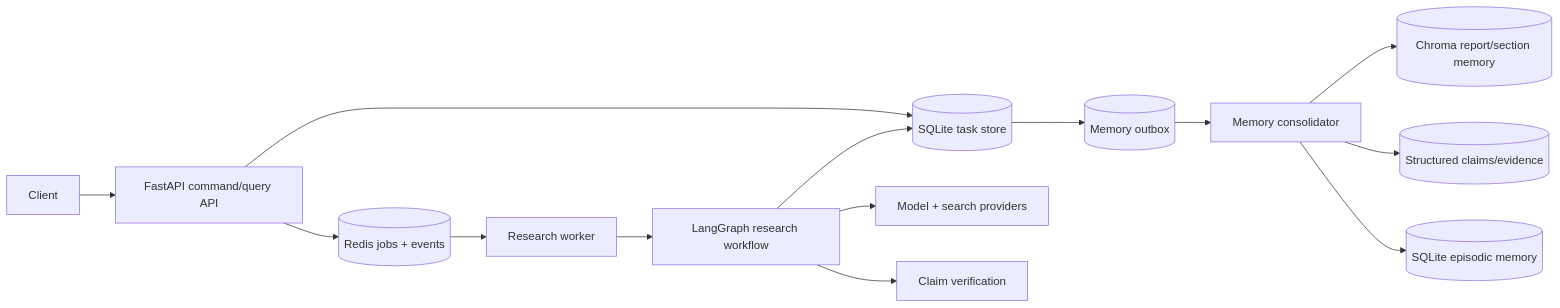
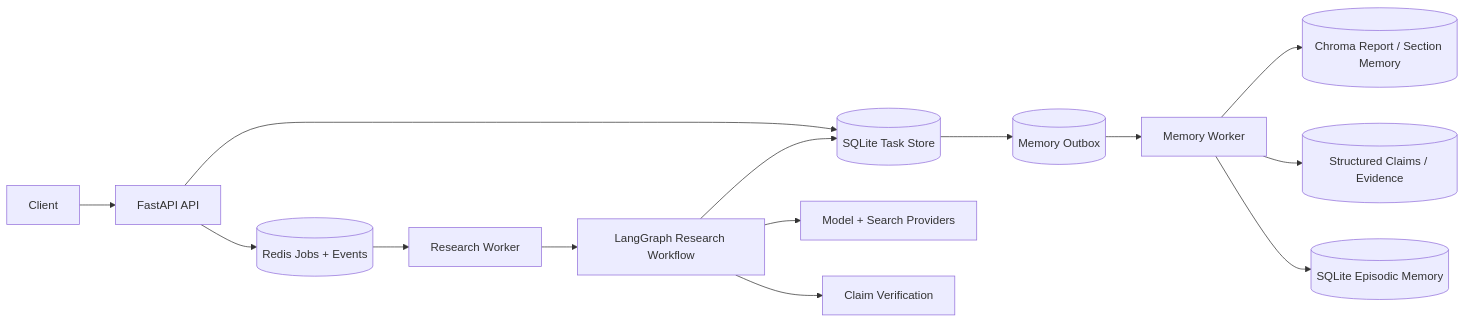
One commit to Yuebi-ui/deep-research-agent changed the first of 2 diagrams in README.md. Above: the diagram before and after it, drawn with Mermaid. The commit also changed other lines of this file and 43 other files, not shown here.

````diff
--- a/README.md
+++ b/README.md
@@ -34,16 +23,16 @@
 ```mermaid
 flowchart LR
-    U[Client] --> API[FastAPI command/query API]
-    API --> DB[(SQLite task store)]
-    API --> R[(Redis jobs + events)]
-    R --> W[Research worker]
-    W --> G[LangGraph research workflow]
-    G --> P[Model + search providers]
-    G --> V[Claim verification]
+    U[Client] --> API[FastAPI API]
+    API --> DB[(SQLite Task Store)]
+    API --> R[(Redis Jobs + Events)]
+    R --> W[Research Worker]
+    W --> G[LangGraph Research Workflow]
+    G --> P[Model + Search Providers]
+    G --> V[Claim Verification]
     G --> DB
-    DB --> O[(Memory outbox)]
-    O --> MW[Memory consolidator]
-    MW --> C[(Chroma report/section memory)]
-    MW --> E[(Structured claims/evidence)]
-    MW --> EP[(SQLite episodic memory)]
+    DB --> O[(Memory Outbox)]
+    O --> MW[Memory Worker]
+    MW --> C[(Chroma Report / Section Memory)]
+    MW --> E[(Structured Claims / Evidence)]
+    MW --> EP[(SQLite Episodic Memory)]
 ```
````
